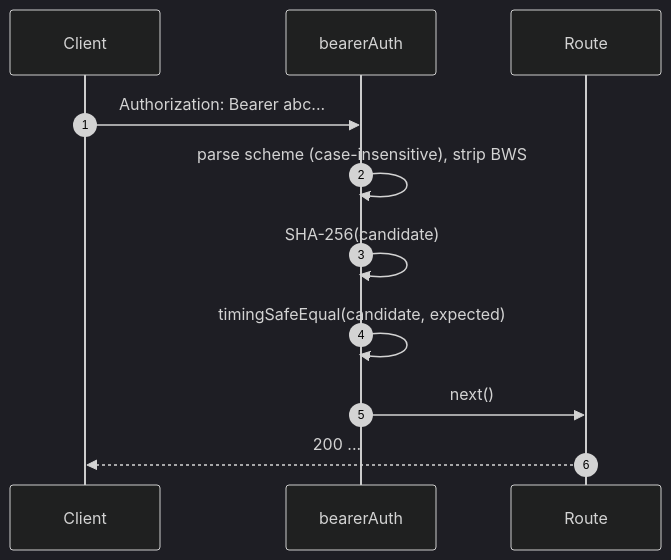
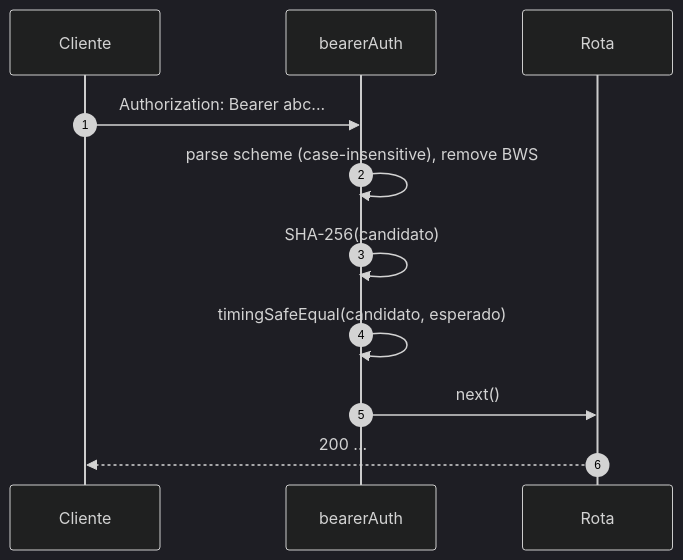
Before and after one commit to QwenLM/qwen-code-docs: the second of 4 diagrams in website/content/pt-BR/developers/daemon/12-auth-security.md, drawn with Mermaid (dark theme). The commit also changed other lines of this file and 1077 other files, not shown here.

````diff
--- a/website/content/pt-BR/developers/daemon/12-auth-security.md
+++ b/website/content/pt-BR/developers/daemon/12-auth-security.md
@@ -200,14 +181,14 @@
 ```mermaid
 sequenceDiagram
     autonumber
-    participant C as Client
+    participant C as Cliente
     participant BA as bearerAuth
-    participant R as Route
+    participant R as Rota
 
     C->>BA: Authorization: Bearer abc...
-    BA->>BA: parse scheme (case-insensitive), strip BWS
-    BA->>BA: SHA-256(candidate)
-    BA->>BA: timingSafeEqual(candidate, expected)
+    BA->>BA: parse scheme (case-insensitive), remove BWS
+    BA->>BA: SHA-256(candidato)
+    BA->>BA: timingSafeEqual(candidato, esperado)
     BA->>R: next()
     R-->>C: 200 ...
 ```
````
